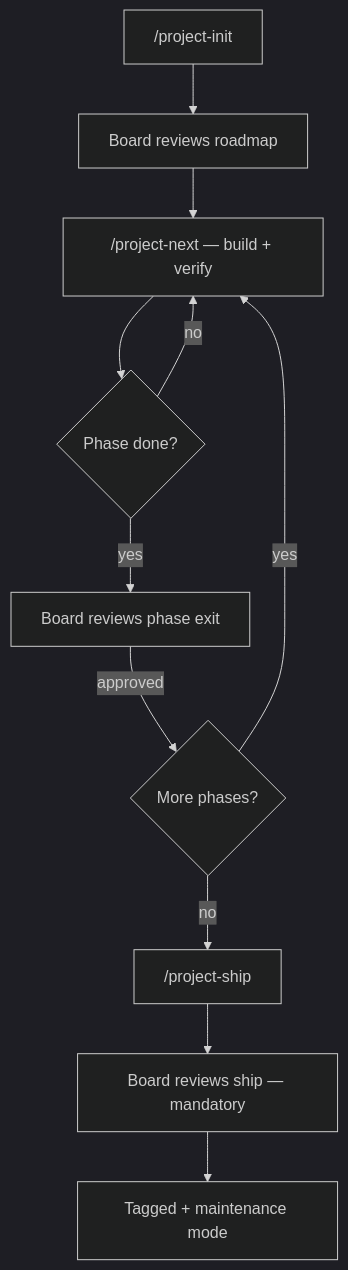
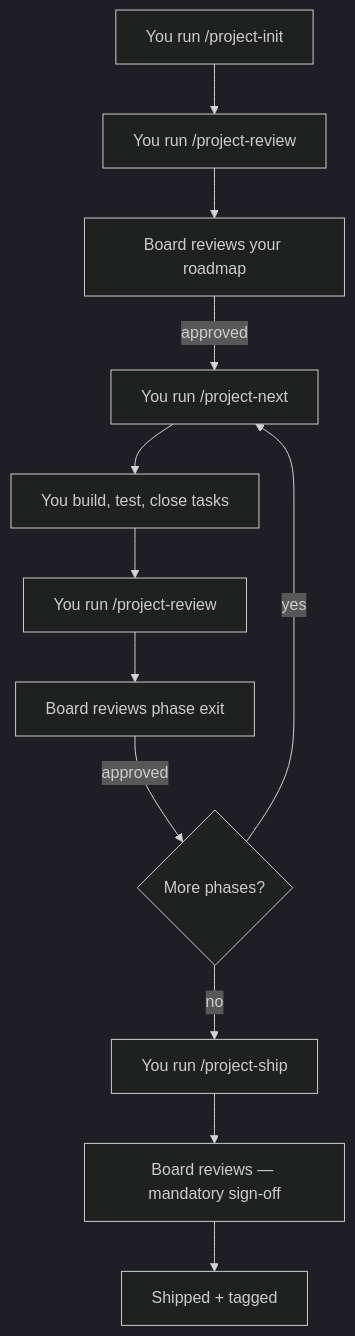
Before and after one commit to stefans71/FrontierBoard: the third of 3 diagrams in README.md, drawn with Mermaid (dark theme).

Commit message:
docs: lifecycle diagram shows user actions vs board actions — nothing runs automatically

````diff
--- a/README.md
+++ b/README.md
@@ -178,13 +178,14 @@
 ```mermaid
 graph TD
-    A["/project-init"] --> B["Board reviews roadmap"]
-    B --> C["/project-next — build + verify"]
-    C --> D{"Phase done?"}
-    D -->|no| C
-    D -->|yes| E["Board reviews phase exit"]
-    E -->|approved| F{"More phases?"}
-    F -->|yes| C
-    F -->|no| G["/project-ship"]
-    G --> H["Board reviews ship — mandatory"]
-    H --> I["Tagged + maintenance mode"]
+    A["You run /project-init"] --> B["You run /project-review"]
+    B --> C["Board reviews your roadmap"]
+    C -->|approved| D["You run /project-next"]
+    D --> E["You build, test, close tasks"]
+    E --> F["You run /project-review"]
+    F --> G["Board reviews phase exit"]
+    G -->|approved| H{"More phases?"}
+    H -->|yes| D
+    H -->|no| I["You run /project-ship"]
+    I --> J["Board reviews — mandatory sign-off"]
+    J --> K["Shipped + tagged"]
 ```
````
